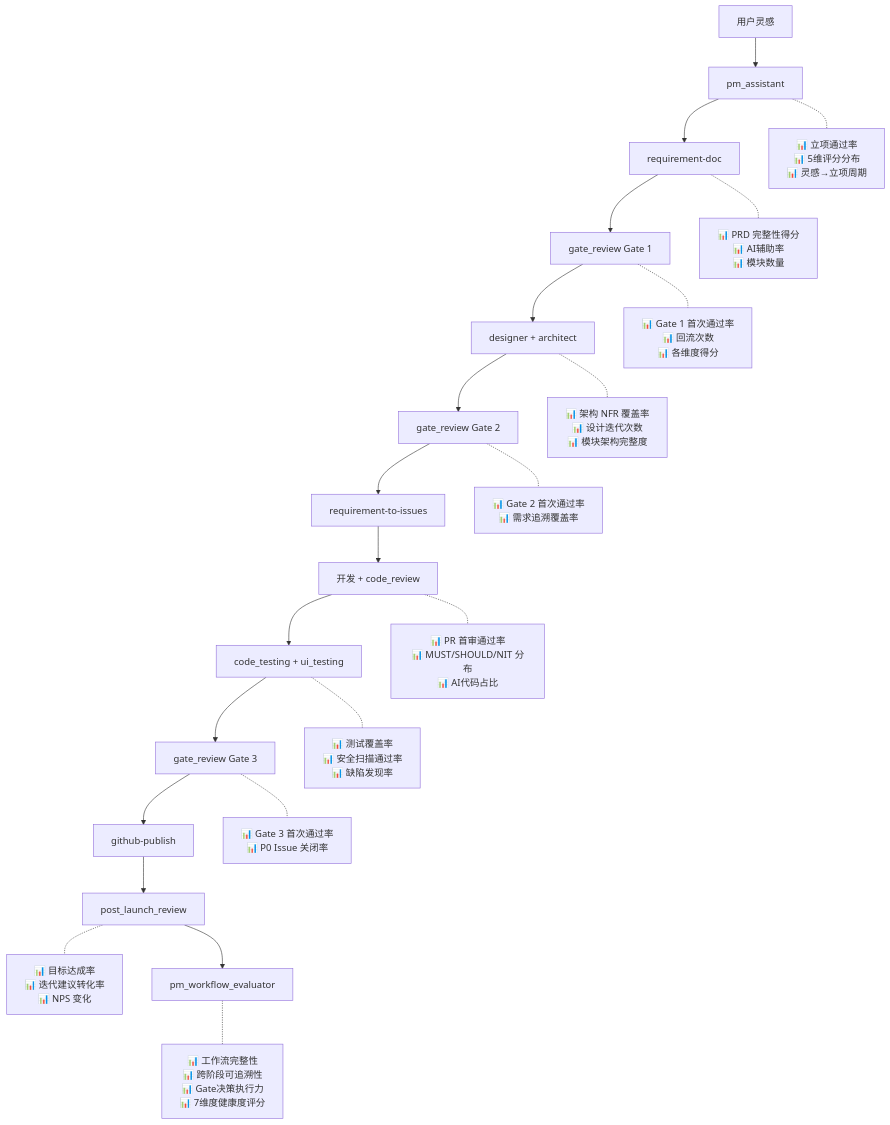
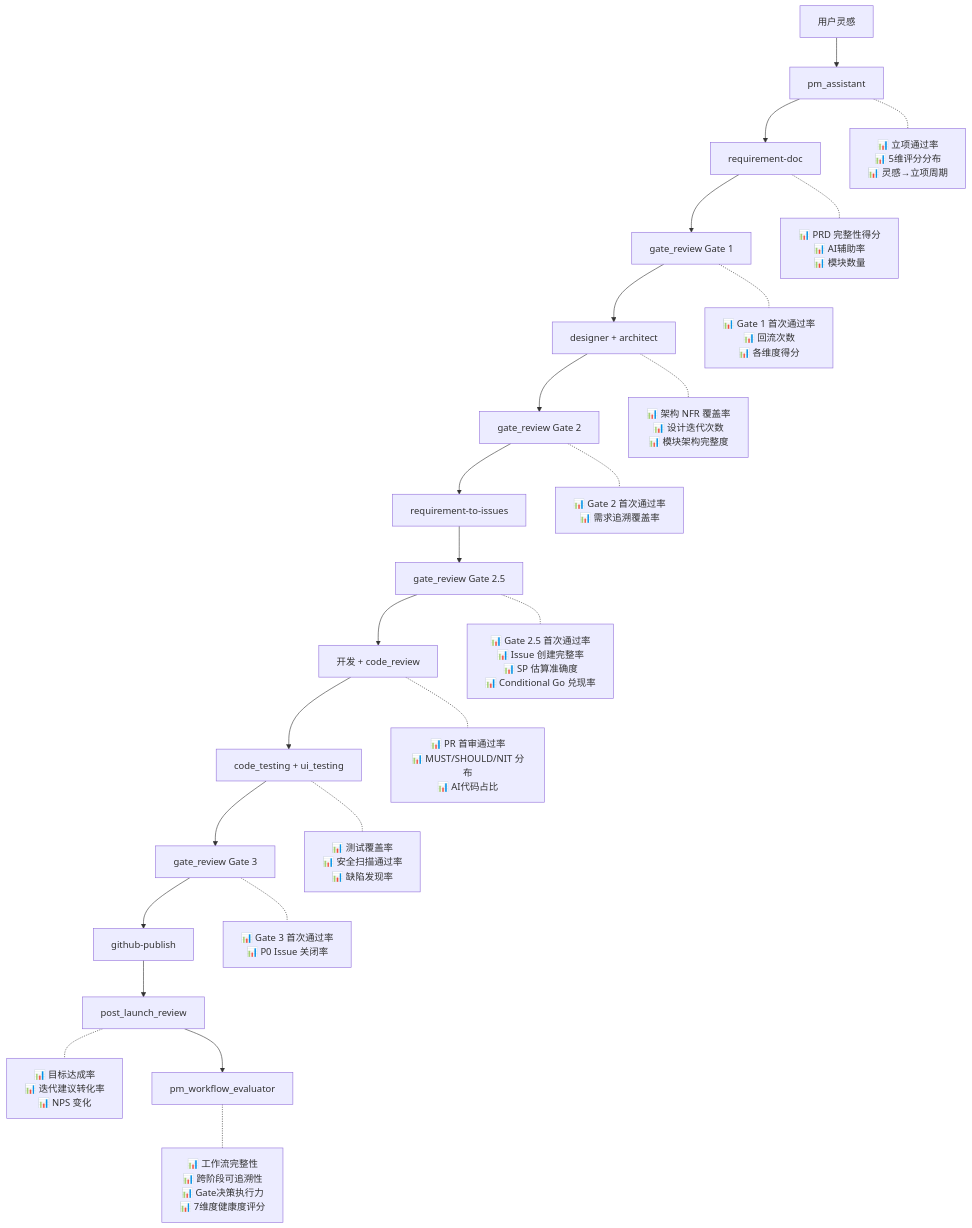
One commit to nickhou1983/PM-Project changed the diagram in docs/ai-era-metrics-framework.md. Above: the diagram before and after it, drawn with Mermaid. The commit also changed other lines of this file, not shown here.

First line of the commit message:
docs(metrics): add high-priority Gate回退质量 & Gate 2.5 metrics [v1.2.0]

````diff
--- a/docs/ai-era-metrics-framework.md
+++ b/docs/ai-era-metrics-framework.md
@@ -192,27 +192,29 @@
 ```mermaid
 flowchart TD
     A[用户灵感] --> B[pm_assistant]
     B --> C[requirement-doc]
     C --> D[gate_review Gate 1]
     D --> E[designer + architect]
     E --> F[gate_review Gate 2]
     F --> G[requirement-to-issues]
-    G --> H[开发 + code_review]
+    G --> G25[gate_review Gate 2.5]
+    G25 --> H[开发 + code_review]
     H --> I[code_testing + ui_testing]
     I --> J[gate_review Gate 3]
     J --> K[github-publish]
     K --> L[post_launch_review]
 
     B -.- M1["📊 立项通过率\n📊 5维评分分布\n📊 灵感→立项周期"]
     C -.- M2["📊 PRD 完整性得分\n📊 AI辅助率\n📊 模块数量"]
     D -.- M3["📊 Gate 1 首次通过率\n📊 回流次数\n📊 各维度得分"]
     E -.- M4["📊 架构 NFR 覆盖率\n📊 设计迭代次数\n📊 模块架构完整度"]
     F -.- M5["📊 Gate 2 首次通过率\n📊 需求追溯覆盖率"]
+    G25 -.- M55["📊 Gate 2.5 首次通过率\n📊 Issue 创建完整率\n📊 SP 估算准确度\n📊 Conditional Go 兑现率"]
     H -.- M6["📊 PR 首审通过率\n📊 MUST/SHOULD/NIT 分布\n📊 AI代码占比"]
     I -.- M7["📊 测试覆盖率\n📊 安全扫描通过率\n📊 缺陷发现率"]
     J -.- M8["📊 Gate 3 首次通过率\n📊 P0 Issue 关闭率"]
     L -.- M9["📊 目标达成率\n📊 迭代建议转化率\n📊 NPS 变化"]
 
     L --> N[pm_workflow_evaluator]
     N -.- M10["📊 工作流完整性\n📊 跨阶段可追溯性\n📊 Gate决策执行力\n📊 7维度健康度评分"]
 ```
````
